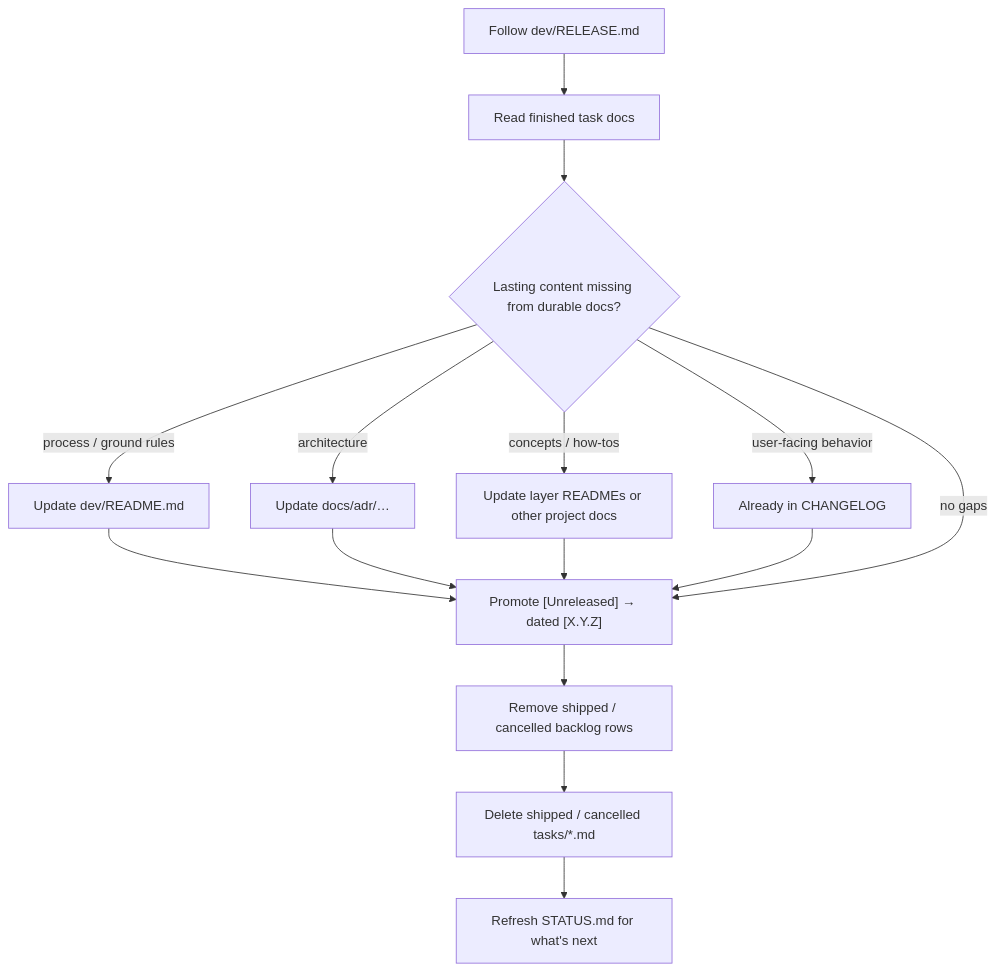
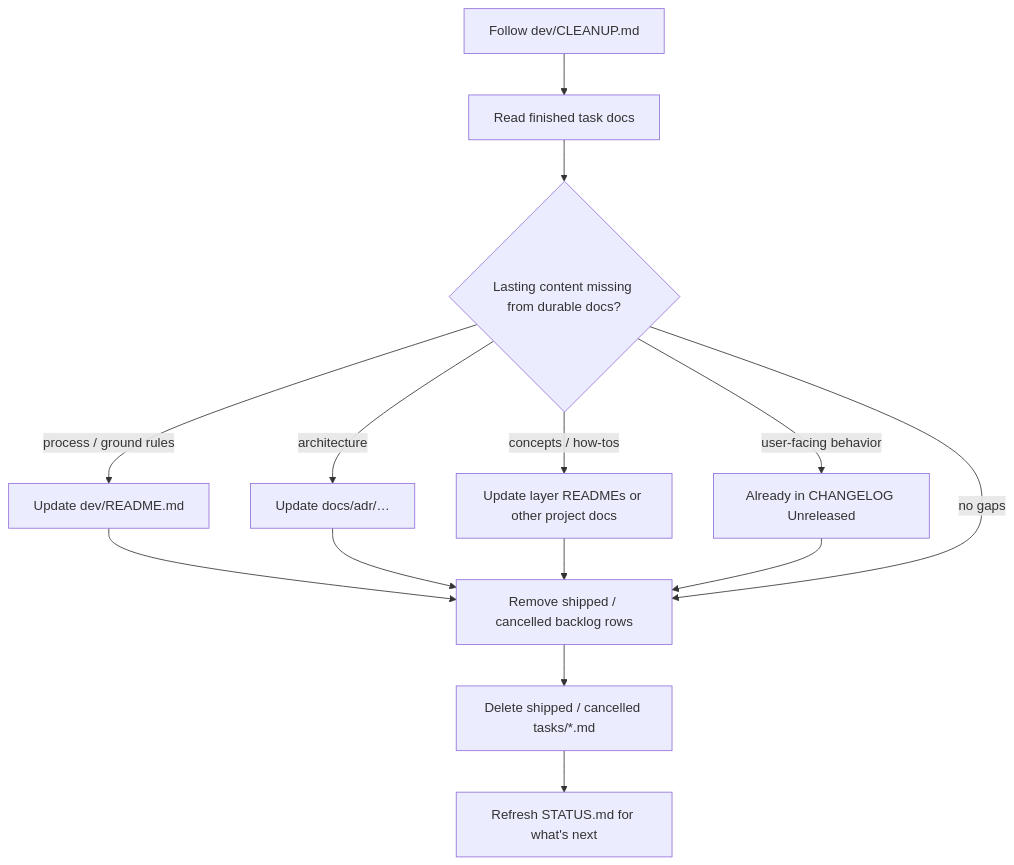
Before and after one commit to ruslanbes/md-harness: the fifth of 5 diagrams in README.md, drawn with Mermaid. The commit also changed other lines of this file and 17 other files, not shown here.

Commit message:
Split: Cleanup / Release

````diff
--- a/README.md
+++ b/README.md
@@ -166,17 +169,16 @@
 ```mermaid
 flowchart TD
-  Cut[Follow dev/RELEASE.md] --> PromoteTask[Read finished task docs]
+  Cut[Follow dev/CLEANUP.md] --> PromoteTask[Read finished task docs]
   PromoteTask --> Gaps{Lasting content missing from durable docs?}
   Gaps -->|process / ground rules| DevReadme[Update dev/README.md]
   Gaps -->|architecture| ADR[Update docs/adr/…]
   Gaps -->|concepts / how-tos| Docs[Update layer READMEs or other project docs]
-  Gaps -->|user-facing behavior| CLAlready[Already in CHANGELOG]
-  DevReadme --> Version
-  ADR --> Version
-  Docs --> Version
-  CLAlready --> Version
-  Gaps -->|no gaps| Version["Promote [Unreleased] → dated [X.Y.Z]"]
-  Version --> CleanBacklog[Remove shipped / cancelled backlog rows]
-  CleanBacklog --> DeleteTasks[Delete shipped / cancelled tasks/*.md]
+  Gaps -->|user-facing behavior| CLAlready[Already in CHANGELOG Unreleased]
+  DevReadme --> Clean
+  ADR --> Clean
+  Docs --> Clean
+  CLAlready --> Clean
+  Gaps -->|no gaps| Clean[Remove shipped / cancelled backlog rows]
+  Clean --> DeleteTasks[Delete shipped / cancelled tasks/*.md]
   DeleteTasks --> Status[Refresh STATUS.md for what's next]
 ```
````
